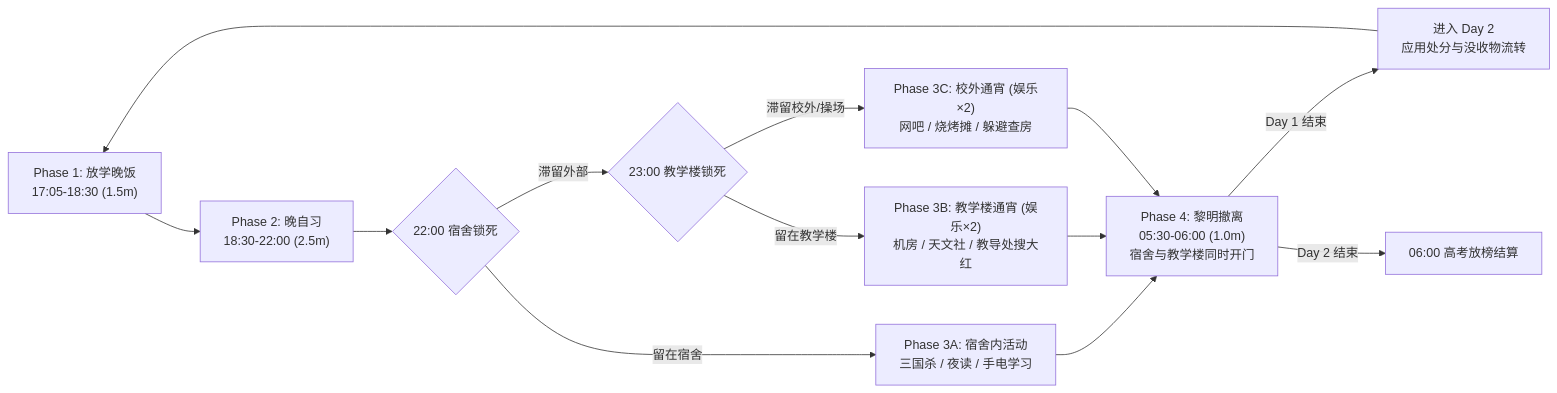
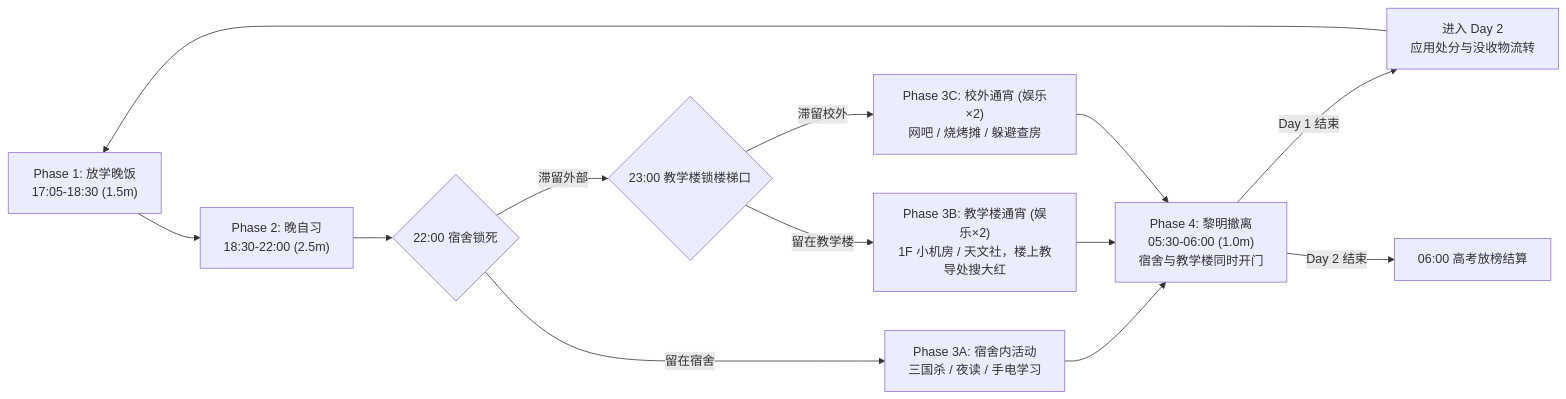
Before and after one commit to AwayC/wangzi: the first of 2 diagrams in docs/systems/01_核心循环与昼夜赛制.md, drawn with Mermaid. The commit also changed other lines of this file and 295 other files, not shown here.

First line of the commit message:
校园地图：按 MC 布局重建校园，补室内家具、小卖部和校门

````diff
--- a/docs/systems/01_核心循环与昼夜赛制.md
+++ b/docs/systems/01_核心循环与昼夜赛制.md
@@ -13,15 +13,15 @@
 ```mermaid
 flowchart LR
     P1["Phase 1: 放学晚饭<br/>17:05-18:30 (1.5m)"] --> P2["Phase 2: 晚自习<br/>18:30-22:00 (2.5m)"]
     P2 --> GATE1{"22:00 宿舍锁死"}
     GATE1 -->|留在宿舍| P3A["Phase 3A: 宿舍内活动<br/>三国杀 / 夜读 / 手电学习"]
-    GATE1 -->|滞留外部| GATE2{"23:00 教学楼锁死"}
-    GATE2 -->|留在教学楼| P3B["Phase 3B: 教学楼通宵 (娱乐×2)<br/>机房 / 天文社 / 教导处搜大红"]
-    GATE2 -->|滞留校外/操场| P3C["Phase 3C: 校外通宵 (娱乐×2)<br/>网吧 / 烧烤摊 / 躲避查房"]
+    GATE1 -->|滞留外部| GATE2{"23:00 教学楼锁楼梯口"}
+    GATE2 -->|留在教学楼| P3B["Phase 3B: 教学楼通宵 (娱乐×2)<br/>1F 小机房 / 天文社，楼上教导处搜大红"]
+    GATE2 -->|滞留校外| P3C["Phase 3C: 校外通宵 (娱乐×2)<br/>网吧 / 烧烤摊 / 躲避查房"]
     P3A --> P4["Phase 4: 黎明撤离<br/>05:30-06:00 (1.0m)<br/>宿舍与教学楼同时开门"]
     P3B --> P4
     P3C --> P4
     P4 -->|Day 1 结束| D2["进入 Day 2<br/>应用处分与没收物流转"]
     D2 --> P1
     P4 -->|Day 2 结束| END["06:00 高考放榜结算"]
 ```
````
